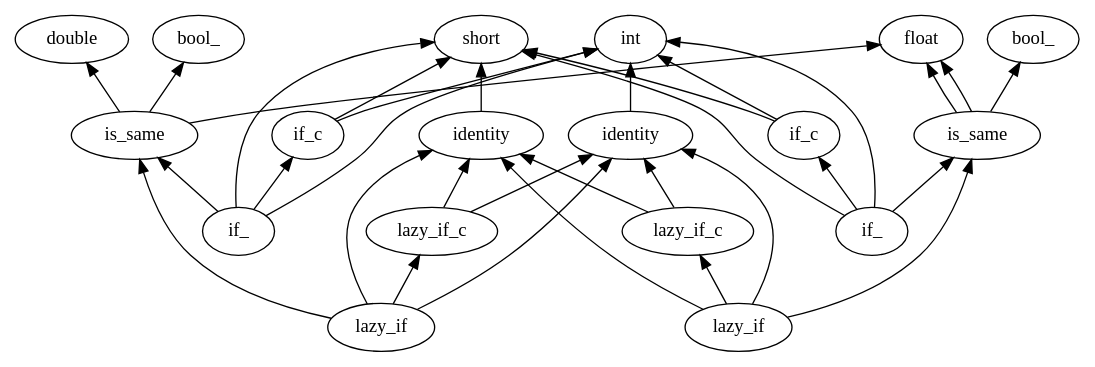
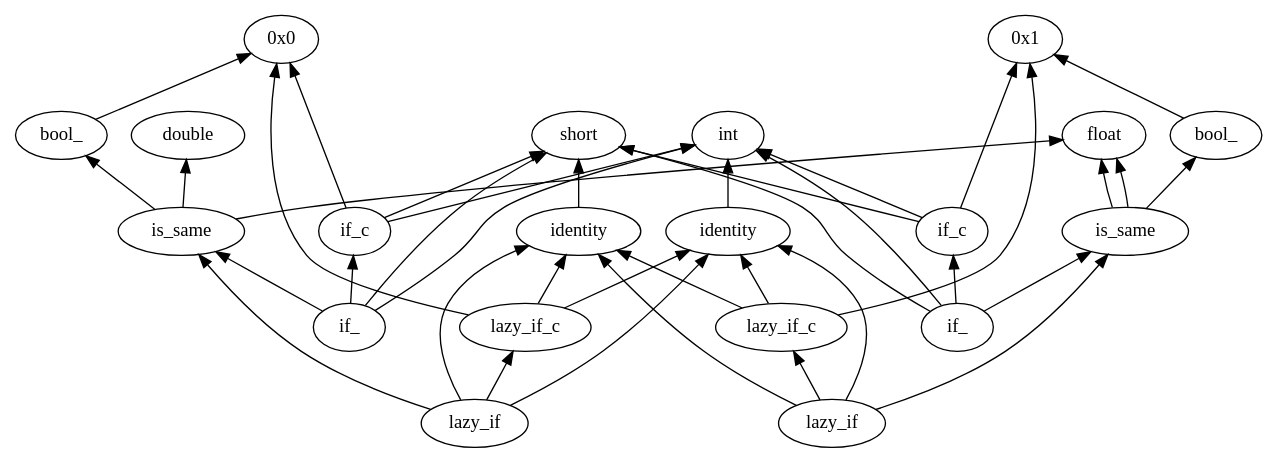
One commit to brycelelbach/ariel changed the diagram in output/dot/heller.dot. Above: the diagram before and after it, drawn with Graphviz. The commit also changed 5 other files, not shown here.

```diff
--- a/output/dot/heller.dot
+++ b/output/dot/heller.dot
@@ -1,55 +1,63 @@
 digraph {
 rankdir="BT";
-n124223376[label="short"];
-n124223400[label="int"];
-n124223592[label="float"];
-n124223616[label="double"];
-n6615859080[label="lazy_if_c"];
-n6642305425[label="if_"];
-n6720571389[label="bool_"];
-n6722923186[label="if_"];
-n61054241579[label="is_same"];
-n61254134072[label="lazy_if"];
-n62058183418[label="if_c"];
-n62178302683[label="lazy_if"];
-n62271219126[label="identity"];
-n62495756665[label="if_c"];
-n62985523913[label="is_same"];
-n63509206211[label="identity"];
-n63658518254[label="lazy_if_c"];
-n64175770700[label="bool_"];
+n151244688[label="short"];
+n151244712[label="int"];
+n151244904[label="float"];
+n151244928[label="double"];
+n6415077318[label="lazy_if"];
+n6937140429[label="is_same"];
+n61606759519[label="if_"];
+n62123461476[label="if_c"];
+n62345674625[label="identity"];
+n62584679217[label="lazy_if"];
+n63027842420[label="lazy_if_c"];
+n63235969880[label="identity"];
+n63277628874[label="bool_"];
+n63397832369[label="lazy_if_c"];
+n63665613321[label="bool_"];
+n63722687905[label="if_c"];
+n64029456710[label="if_"];
+n64189187576[label="is_same"];
+n81030972443[label="0x1"];
+n81773484321[label="0x0"];
 
-n6615859080 -> n63509206211;
-n6615859080 -> n62271219126;
-n6642305425 -> n62985523913;
-n6642305425 -> n124223400;
-n6642305425 -> n124223376;
-n6642305425 -> n62058183418;
-n6722923186 -> n61054241579;
-n6722923186 -> n124223400;
-n6722923186 -> n124223376;
-n6722923186 -> n62495756665;
-n61054241579 -> n124223592;
-n61054241579 -> n124223616;
-n61054241579 -> n64175770700;
-n61254134072 -> n62985523913;
-n61254134072 -> n63509206211;
-n61254134072 -> n62271219126;
-n61254134072 -> n63658518254;
-n62058183418 -> n124223400;
-n62058183418 -> n124223376;
-n62178302683 -> n61054241579;
-n62178302683 -> n63509206211;
-n62178302683 -> n62271219126;
-n62178302683 -> n6615859080;
-n62271219126 -> n124223376;
-n62495756665 -> n124223400;
-n62495756665 -> n124223376;
-n62985523913 -> n124223592;
-n62985523913 -> n124223592;
-n62985523913 -> n6720571389;
-n63509206211 -> n124223400;
-n63658518254 -> n63509206211;
-n63658518254 -> n62271219126;
+n6415077318 -> n6937140429;
+n6415077318 -> n62345674625;
+n6415077318 -> n63235969880;
+n6415077318 -> n63397832369;
+n6937140429 -> n151244904;
+n6937140429 -> n151244928;
+n6937140429 -> n63665613321;
+n61606759519 -> n6937140429;
+n61606759519 -> n151244712;
+n61606759519 -> n151244688;
+n61606759519 -> n62123461476;
+n62123461476 -> n81773484321;
+n62123461476 -> n151244712;
+n62123461476 -> n151244688;
+n62345674625 -> n151244712;
+n62584679217 -> n64189187576;
+n62584679217 -> n62345674625;
+n62584679217 -> n63235969880;
+n62584679217 -> n63027842420;
+n63027842420 -> n81030972443;
+n63027842420 -> n62345674625;
+n63027842420 -> n63235969880;
+n63235969880 -> n151244688;
+n63277628874 -> n81030972443;
+n63397832369 -> n81773484321;
+n63397832369 -> n62345674625;
+n63397832369 -> n63235969880;
+n63665613321 -> n81773484321;
+n63722687905 -> n81030972443;
+n63722687905 -> n151244712;
+n63722687905 -> n151244688;
+n64029456710 -> n64189187576;
+n64029456710 -> n151244712;
+n64029456710 -> n151244688;
+n64029456710 -> n63722687905;
+n64189187576 -> n151244904;
+n64189187576 -> n151244904;
+n64189187576 -> n63277628874;
 
 }
```
